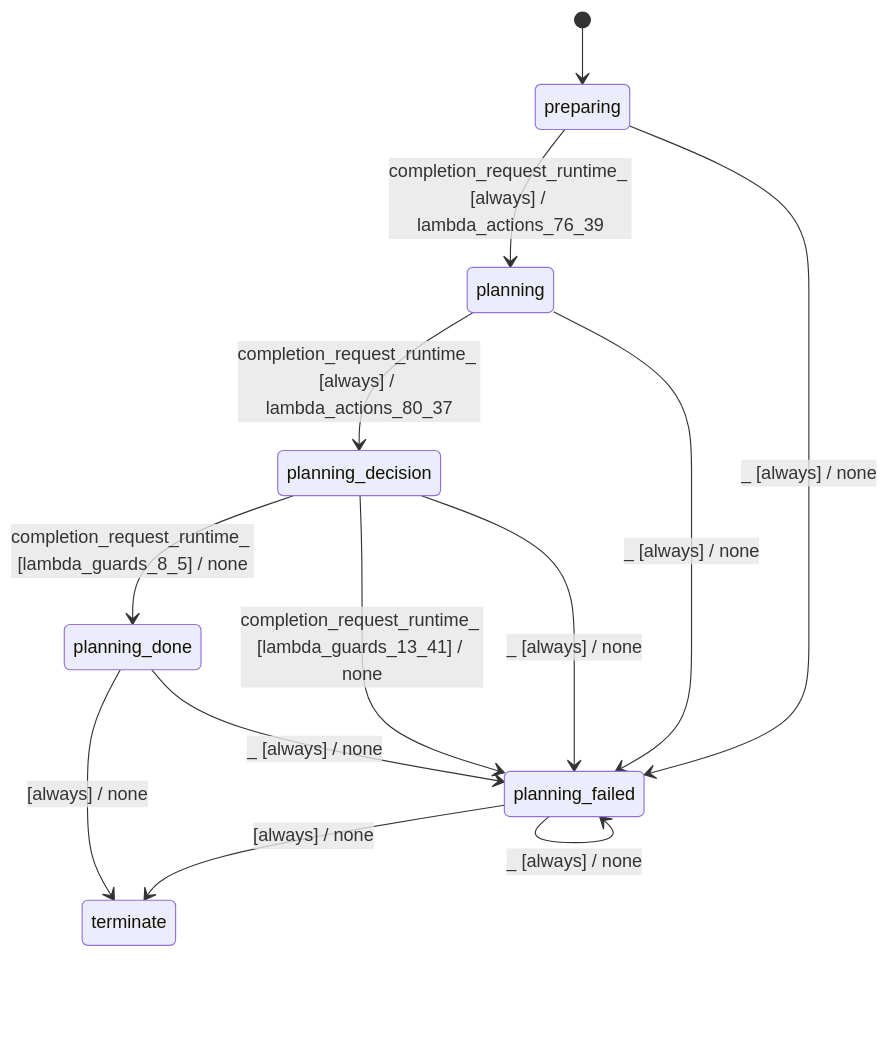
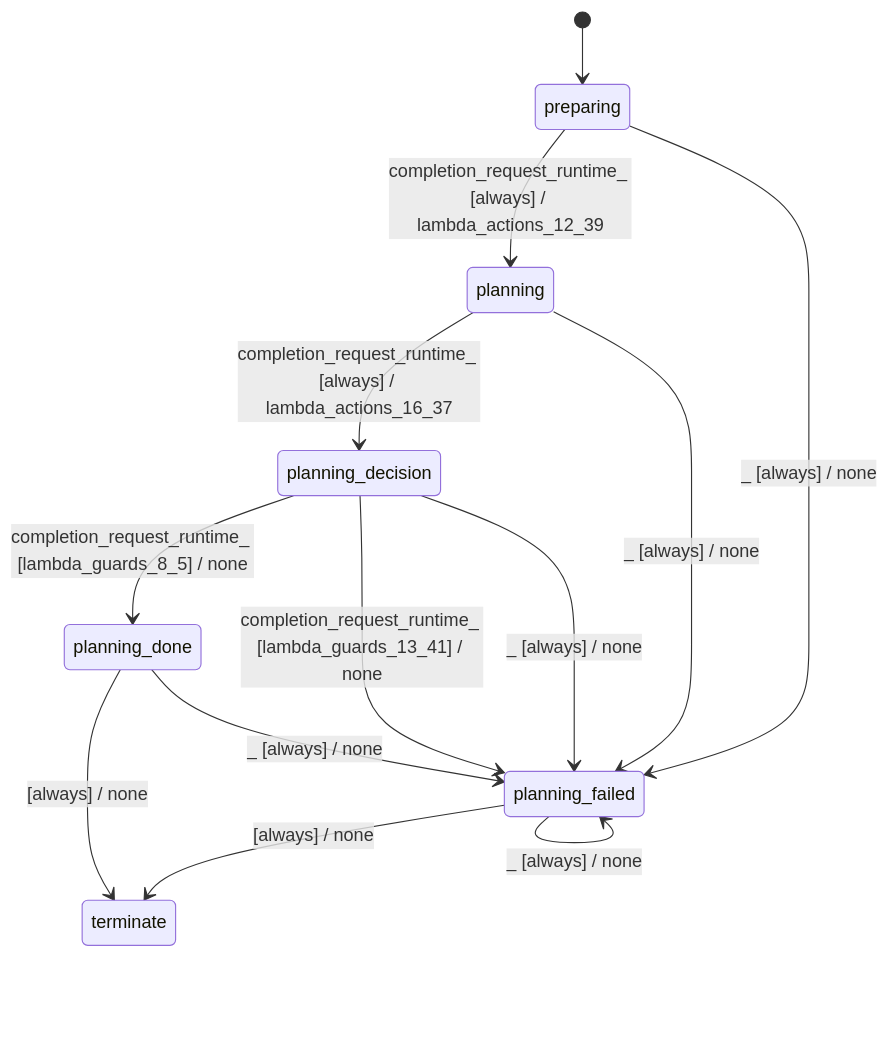
The diagram in docs/architecture/batch_planner_modes_sequential.md (stateforward/emel.cpp), drawn with Mermaid before and after one commit. The commit also changed other lines of this file and 46 other files, not shown here.

Commit message:
Enforce explicit runtime control-flow modeling in SML machines

````diff
--- a/docs/architecture/batch_planner_modes_sequential.md
+++ b/docs/architecture/batch_planner_modes_sequential.md
@@ -7,16 +7,16 @@
 ```mermaid
 stateDiagram-v2
   direction TB
   [*] --> preparing
-  preparing --> planning : completion_request_runtime_ [always] / lambda_actions_76_39
-  planning --> planning_decision : completion_request_runtime_ [always] / lambda_actions_80_37
+  preparing --> planning : completion_request_runtime_ [always] / lambda_actions_12_39
+  planning --> planning_decision : completion_request_runtime_ [always] / lambda_actions_16_37
   planning_decision --> planning_done : completion_request_runtime_ [lambda_guards_8_5] / none
   planning_decision --> planning_failed : completion_request_runtime_ [lambda_guards_13_41] / none
   planning_done --> terminate : [always] / none
   planning_failed --> terminate : [always] / none
   planning_done --> planning_failed : _ [always] / none
   planning_failed --> planning_failed : _ [always] / none
   preparing --> planning_failed : _ [always] / none
   planning --> planning_failed : _ [always] / none
   planning_decision --> planning_failed : _ [always] / none
 ```
````
